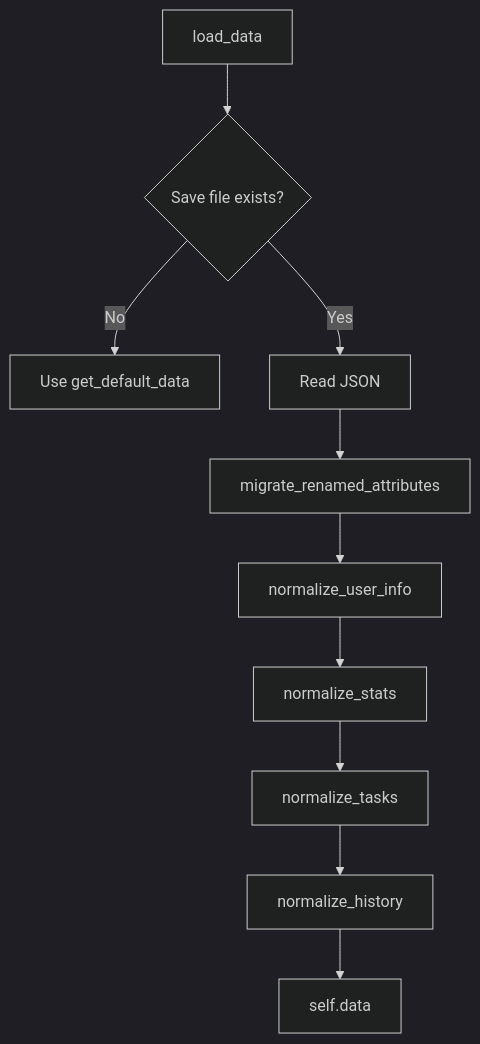
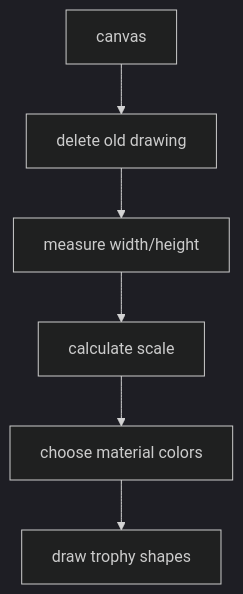
Before and after one commit to nimbold/LifeXP: diagram 16 of 30 in docs/beginner-guide/03-advanced.md, drawn with Mermaid (dark theme). The commit also changed other lines of this file, not shown here.

````diff
--- a/docs/beginner-guide/03-advanced.md
+++ b/docs/beginner-guide/03-advanced.md
@@ -408,12 +831,8 @@
 ```mermaid
 flowchart TD
-    A["load_data"] --> B{"Save file exists?"}
-    B -->|No| C["Use get_default_data"]
-    B -->|Yes| D["Read JSON"]
-    D --> E["migrate_renamed_attributes"]
-    E --> F["normalize_user_info"]
-    F --> G["normalize_stats"]
-    G --> H["normalize_tasks"]
-    H --> I["normalize_history"]
-    I --> J["self.data"]
+    A["canvas"] --> B["delete old drawing"]
+    B --> C["measure width/height"]
+    C --> D["calculate scale"]
+    D --> E["choose material colors"]
+    E --> F["draw trophy shapes"]
 ```
````
